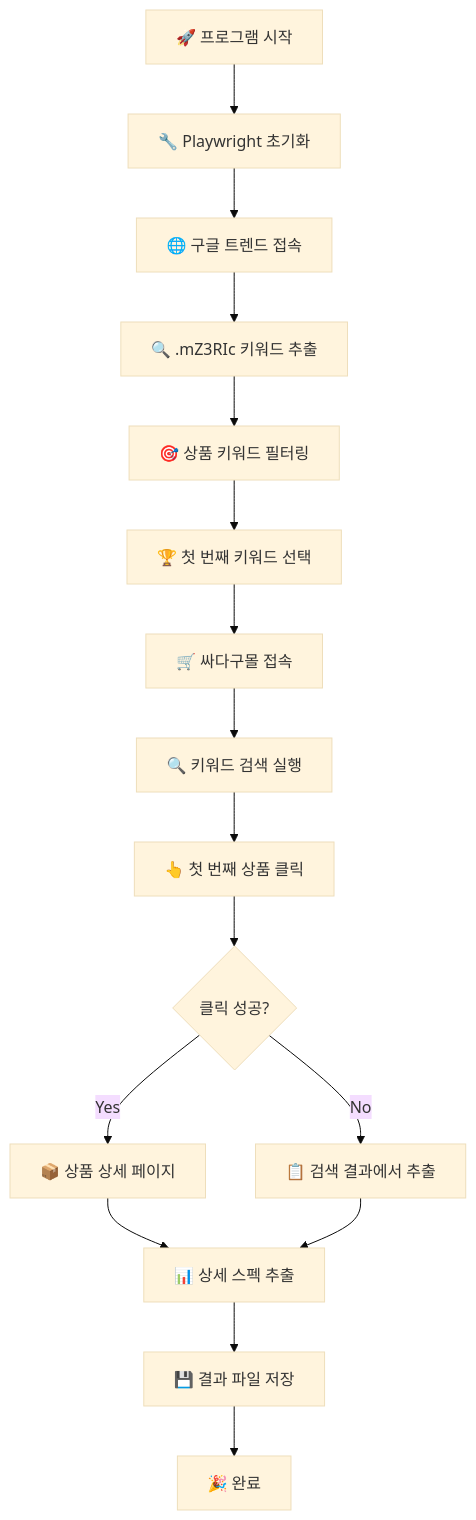
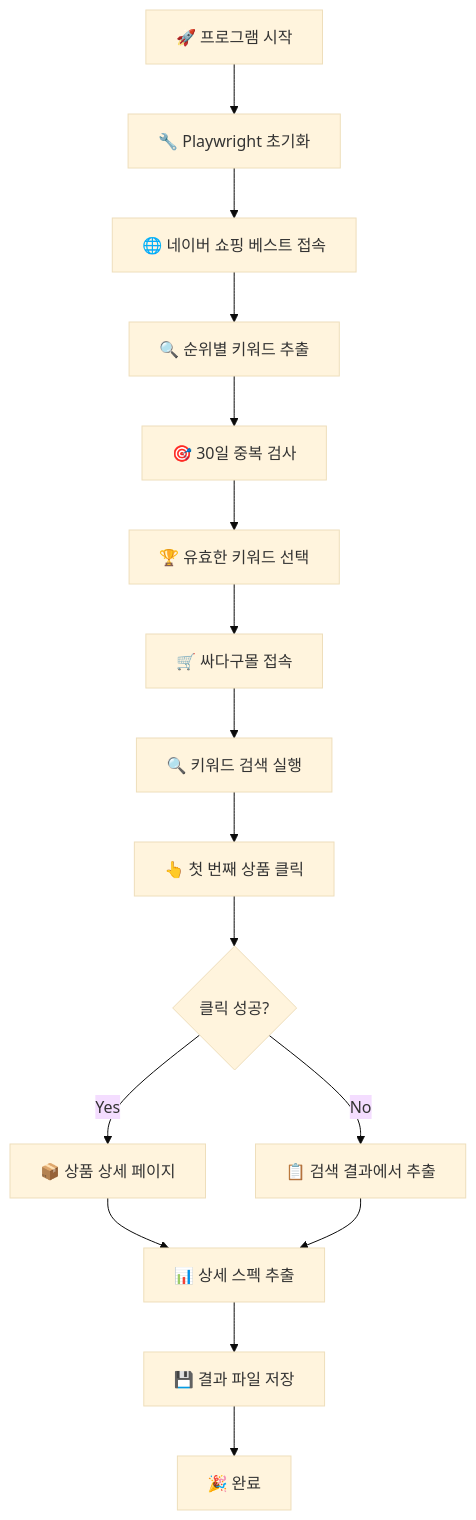
Before and after one commit to ImHongbin35/KDT_BE12_Final_NaverStore_crawling: the diagram in PROJECT_REPORT.md, drawn with Mermaid (base theme). The commit also changed other lines of this file and 4 other files, not shown here.

First line of the commit message:
feat: 키워드 수집 방식을 구글 트렌드에서 네이버 쇼핑 베스트로 전환

````diff
--- a/PROJECT_REPORT.md
+++ b/PROJECT_REPORT.md
@@ -209,18 +236,18 @@
 ```mermaid
 graph TD
     A[🚀 프로그램 시작] --> B[🔧 Playwright 초기화]
-    B --> C[🌐 구글 트렌드 접속]
-    C --> D[🔍 .mZ3RIc 키워드 추출]
-    D --> E[🎯 상품 키워드 필터링]
-    E --> F[🏆 첫 번째 키워드 선택]
+    B --> C[🌐 네이버 쇼핑 베스트 접속]
+    C --> D[🔍 순위별 키워드 추출]
+    D --> E[🎯 30일 중복 검사]
+    E --> F[🏆 유효한 키워드 선택]
     F --> G[🛒 싸다구몰 접속]
     G --> H[🔍 키워드 검색 실행]
     H --> I[👆 첫 번째 상품 클릭]
     I --> J{클릭 성공?}
     J -->|Yes| K[📦 상품 상세 페이지]
     J -->|No| L[📋 검색 결과에서 추출]
     K --> M[📊 상세 스펙 추출]
     L --> M
     M --> N[💾 결과 파일 저장]
     N --> O[🎉 완료]
 ```
````
